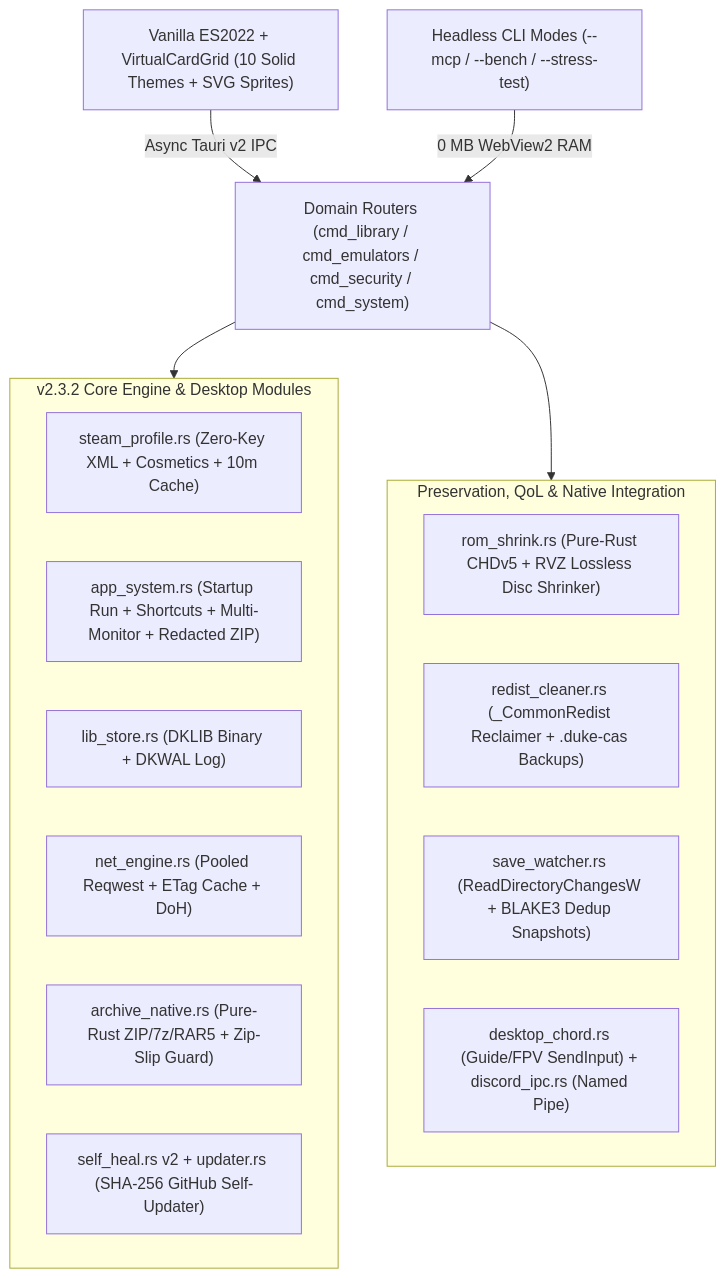
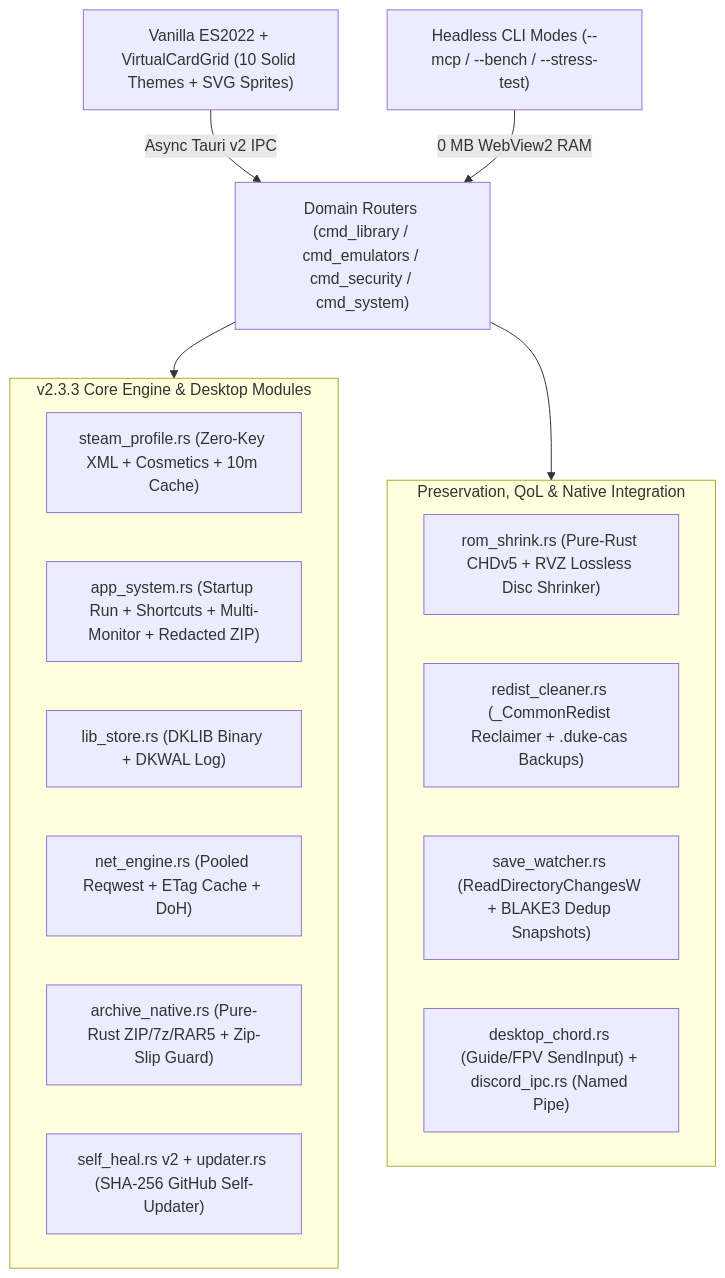
One commit to willferrara/duke-systems changed the diagram in README.md. Above: the diagram before and after it, drawn with Mermaid. The commit also changed other lines of this file and 13 other files, not shown here.

````diff
--- a/README.md
+++ b/README.md
@@ -74,24 +74,24 @@
 ```mermaid
 flowchart TD
     UI["Vanilla ES2022 + VirtualCardGrid (10 Solid Themes + SVG Sprites)"] -->|"Async Tauri v2 IPC"| Routers["Domain Routers (cmd_library / cmd_emulators / cmd_security / cmd_system)"]
     CLI["Headless CLI Modes (--mcp / --bench / --stress-test)"] -->|"0 MB WebView2 RAM"| Routers
 
-    subgraph CoreV23["v2.3.2 Core Engine & Desktop Modules"]
+    subgraph CoreV23["v2.3.3 Core Engine & Desktop Modules"]
         SteamProf["steam_profile.rs (Zero-Key XML + Cosmetics + 10m Cache)"]
         AppSys["app_system.rs (Startup Run + Shortcuts + Multi-Monitor + Redacted ZIP)"]
         LibStore["lib_store.rs (DKLIB Binary + DKWAL Log)"]
         NetEngine["net_engine.rs (Pooled Reqwest + ETag Cache + DoH)"]
         ArchiveNative["archive_native.rs (Pure-Rust ZIP/7z/RAR5 + Zip-Slip Guard)"]
         SelfHeal["self_heal.rs v2 + updater.rs (SHA-256 GitHub Self-Updater)"]
     end
 
     subgraph PreservationAndUx["Preservation, QoL & Native Integration"]
         RomShrink["rom_shrink.rs (Pure-Rust CHDv5 + RVZ Lossless Disc Shrinker)"]
         RedistClean["redist_cleaner.rs (_CommonRedist Reclaimer + .duke-cas Backups)"]
         SaveWatch["save_watcher.rs (ReadDirectoryChangesW + BLAKE3 Dedup Snapshots)"]
         ChordDiscord["desktop_chord.rs (Guide/FPV SendInput) + discord_ipc.rs (Named Pipe)"]
     end
 
     Routers --> CoreV23
     Routers --> PreservationAndUx
 ```
````
